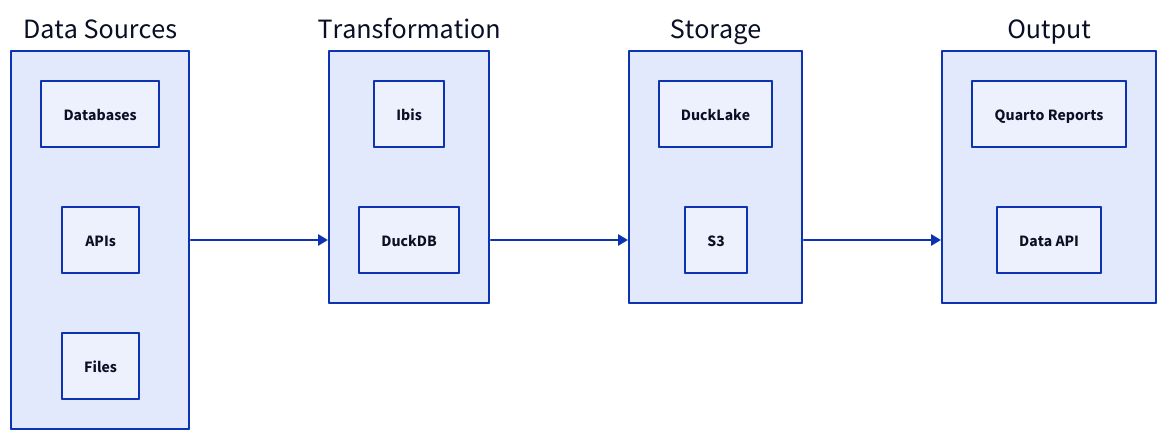
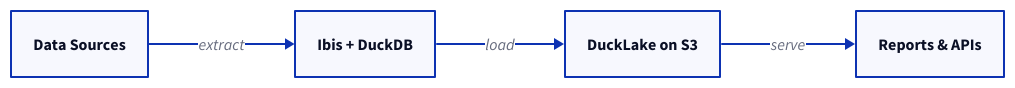
Before and after one commit to wagov-dtt/architecture-decision-records: the diagram in reference-architectures/data-pipelines.md, drawn with D2. The commit also changed 3 other files, not shown here.

Commit message:
Improved architecture ref diagrams

````diff
--- a/reference-architectures/data-pipelines.md
+++ b/reference-architectures/data-pipelines.md
@@ -19,26 +19,12 @@
 ```d2
 direction: right
 
-sources: Data Sources {
-  Databases
-  APIs
-  Files
-}
+sources: Data Sources
+transform: Ibis + DuckDB
+storage: DuckLake on S3
+output: Reports & APIs
 
-transform: Transformation {
-  Ibis
-  DuckDB
-}
-
-storage: Storage {
-  DuckLake
-  S3
-}
-
-output: Output {
-  Quarto Reports
-  Data API
-}
-
-sources -> transform -> storage -> output
+sources -> transform: extract
+transform -> storage: load
+storage -> output: serve
 ```
````
